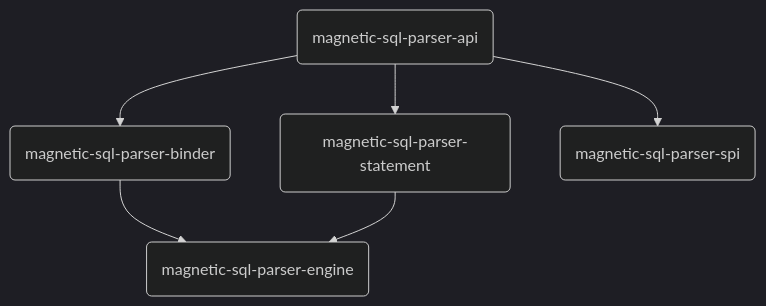
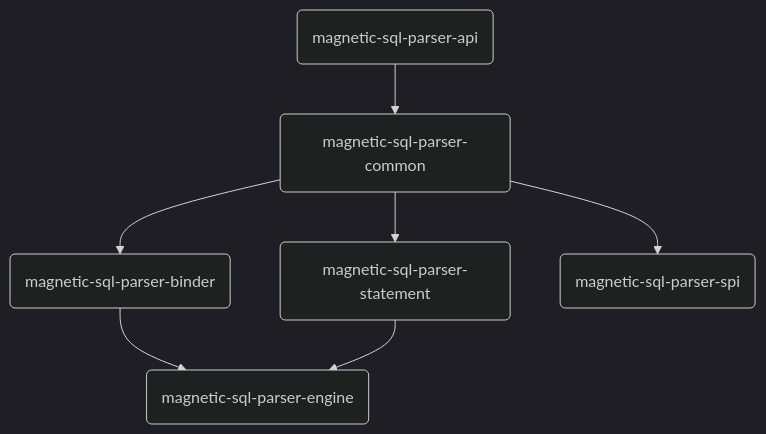
One commit to iByteCoding/M-SQLParser changed the diagram in README.md. Above: the diagram before and after it, drawn with Mermaid (dark theme).

````diff
--- a/README.md
+++ b/README.md
@@ -21,8 +21,9 @@
 ```mermaid
 graph TD;
-	id1(magnetic-sql-parser-api)-->id2(magnetic-sql-parser-binder)
-    id1(magnetic-sql-parser-api)-->id3(magnetic-sql-parser-statement)
-    id1(magnetic-sql-parser-api)-->id5(magnetic-sql-parser-spi)
+	id1(magnetic-sql-parser-api)-->id6(magnetic-sql-parser-common)
     id2(magnetic-sql-parser-binder)-->id4(magnetic-sql-parser-engine)
     id3(magnetic-sql-parser-statement)-->id4(magnetic-sql-parser-engine)
+    id6(magnetic-sql-parser-common)-->id2(magnetic-sql-parser-binder)
+    id6(magnetic-sql-parser-common)-->id3(magnetic-sql-parser-statement)
+    id6(magnetic-sql-parser-common)-->id5(magnetic-sql-parser-spi)
 ```
````
